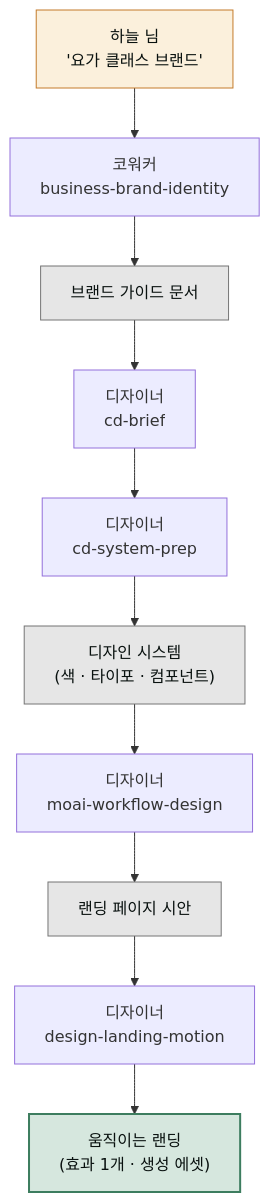
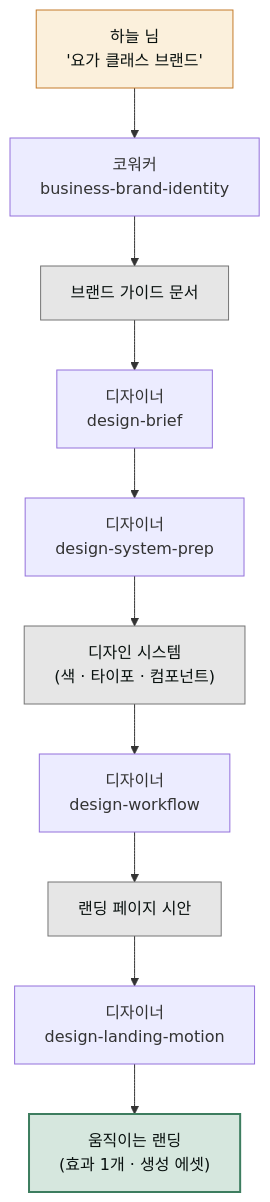
Before and after one commit to modu-ai/cowork-plugins: the diagram in www/content/cookbook/projects/brand-to-landing.md, drawn with Mermaid. The commit also changed other lines of this file and 43 other files, not shown here.

First line of the commit message:
refactor(moai-designer): P0 스킬명 정리 — cd-*·moai-domain/workflow → design-* (9종)

````diff
--- a/www/content/cookbook/projects/brand-to-landing.md
+++ b/www/content/cookbook/projects/brand-to-landing.md
@@ -63,18 +63,18 @@
 ```mermaid
 flowchart TD
    U["하늘 님<br/>'요가 클래스 브랜드'"] --> W1["코워커<br/>business-brand-identity"]
    W1 --> R1["브랜드 가이드 문서"]
-   R1 --> D1["디자이너<br/>cd-brief"]
-   D1 --> D2["디자이너<br/>cd-system-prep"]
+   R1 --> D1["디자이너<br/>design-brief"]
+   D1 --> D2["디자이너<br/>design-system-prep"]
    D2 --> R2["디자인 시스템<br/>(색 · 타이포 · 컴포넌트)"]
-   R2 --> D3["디자이너<br/>moai-workflow-design"]
+   R2 --> D3["디자이너<br/>design-workflow"]
    D3 --> R3["랜딩 페이지 시안"]
    R3 --> D4["디자이너<br/>design-landing-motion"]
    D4 --> OUT["움직이는 랜딩<br/>(효과 1개 · 생성 에셋)"]
 
    style U fill:#fbf0dc,stroke:#c47b2a,color:#09110f
    style R1 fill:#e6e6e6,stroke:#757575,color:#09110f
    style R2 fill:#e6e6e6,stroke:#757575,color:#09110f
    style R3 fill:#e6e6e6,stroke:#757575,color:#09110f
    style OUT fill:#d6e7de,stroke:#3d7d5f,stroke-width:2px,color:#09110f
 ```
````
